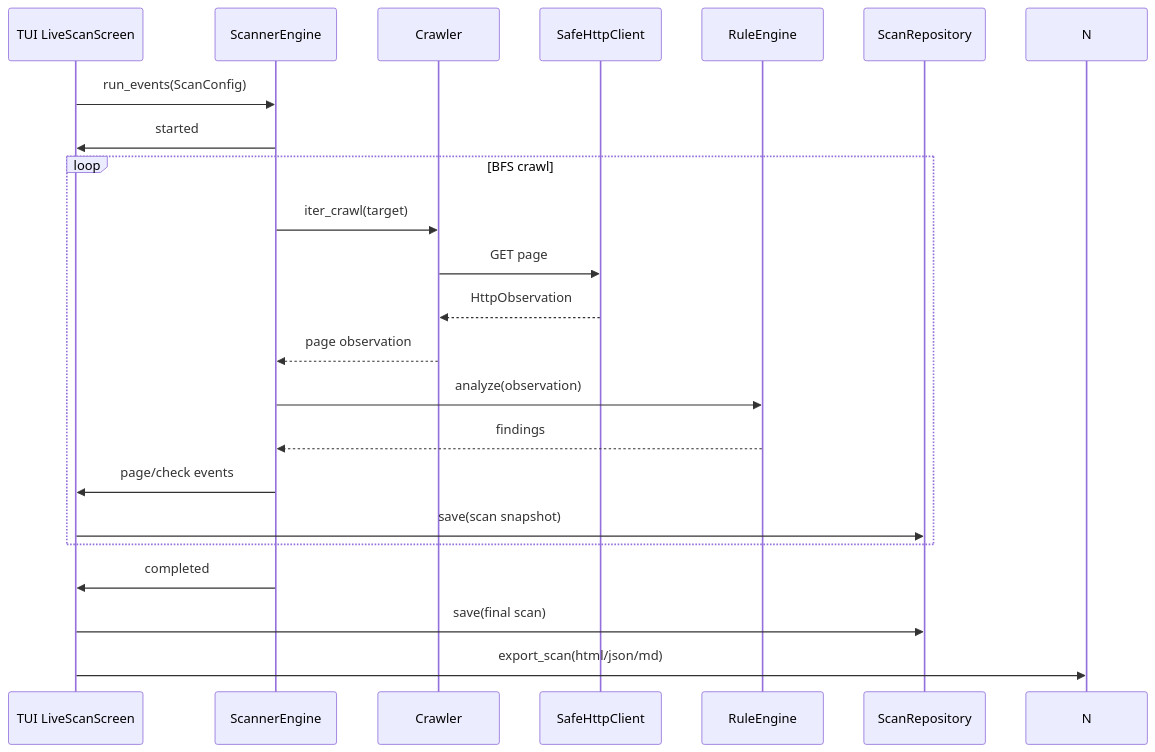
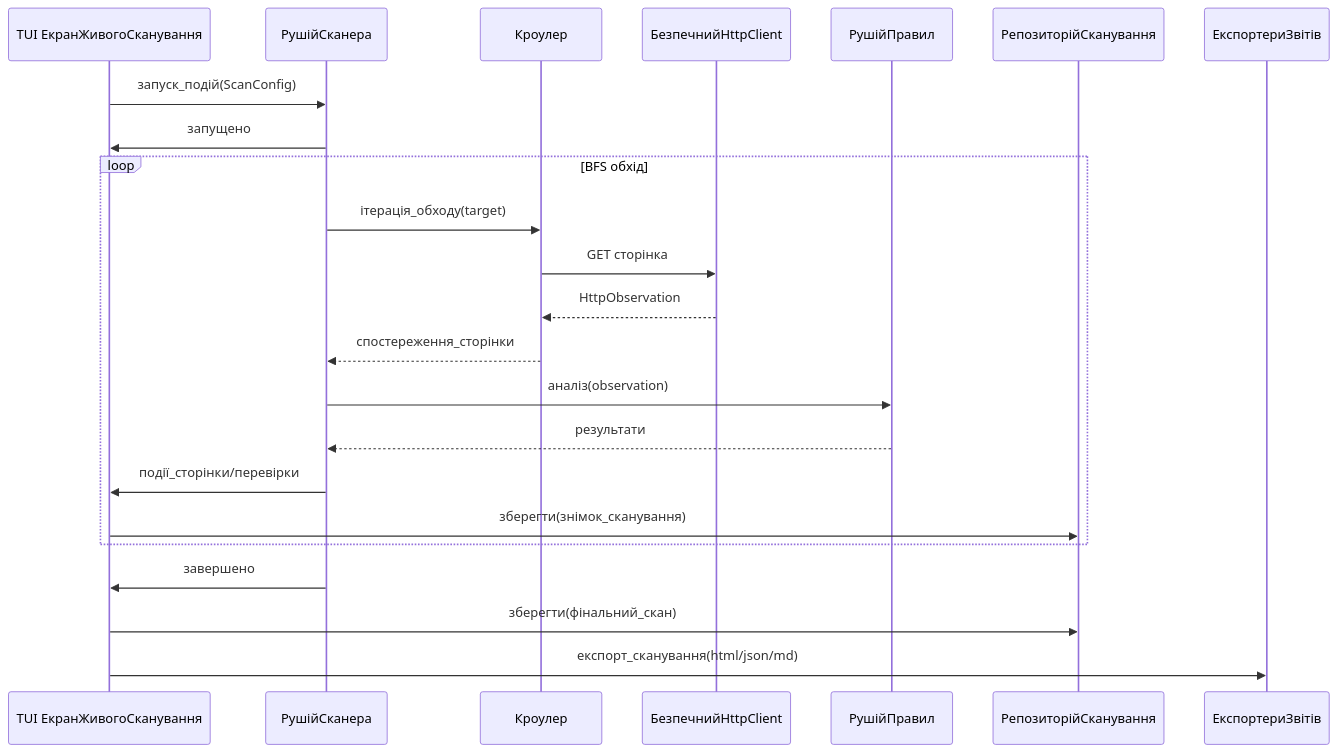
Before and after one commit to monikon22/vulnscope: the second of 2 diagrams in docs/ua/architecture.md, drawn with Mermaid. The commit also changed 1 other file, not shown here.

Commit message:
docs: correct participant reference for report exporters in sequence diagram

````diff
--- a/docs/ua/architecture.md
+++ b/docs/ua/architecture.md
@@ -32,25 +32,26 @@
 ```mermaid
 sequenceDiagram
-	participant UI as TUI LiveScanScreen
-	participant SE as ScannerEngine
-	participant CR as Crawler
-	participant HTTP as SafeHttpClient
-	participant RE as RuleEngine
-	participant DB as ScanRepository
+	participant UI as TUI ЕкранЖивогоСканування
+	participant SE as РушійСканера
+	participant CR as Кроулер
+	participant HTTP as БезпечнийHttpClient
+	participant RE as РушійПравил
+	participant DB as РепозиторійСканування
+	participant EX as ЕкспортериЗвітів
 
-	UI->>SE: run_events(ScanConfig)
-	SE->>UI: started
-	loop BFS crawl
-		SE->>CR: iter_crawl(target)
-		CR->>HTTP: GET page
+	UI->>SE: запуск_подій(ScanConfig)
+	SE->>UI: запущено
+	loop BFS обхід
+		SE->>CR: ітерація_обходу(target)
+		CR->>HTTP: GET сторінка
 		HTTP-->>CR: HttpObservation
-		CR-->>SE: page observation
-		SE->>RE: analyze(observation)
-		RE-->>SE: findings
-		SE->>UI: page/check events
-		UI->>DB: save(scan snapshot)
+		CR-->>SE: спостереження_сторінки
+		SE->>RE: аналіз(observation)
+		RE-->>SE: результати
+		SE->>UI: події_сторінки/перевірки
+		UI->>DB: зберегти(знімок_сканування)
 	end
-	SE->>UI: completed
-	UI->>DB: save(final scan)
-	UI->>N: export_scan(html/json/md)
+	SE->>UI: завершено
+	UI->>DB: зберегти(фінальний_скан)
+	UI->>EX: експорт_сканування(html/json/md)
 ```
````
